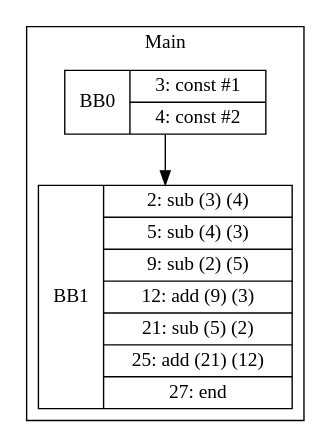
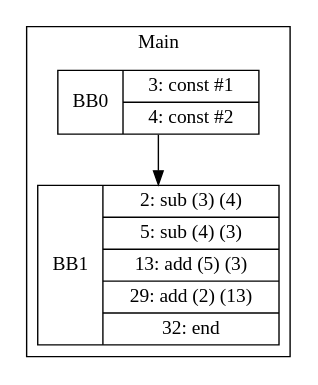
Before and after one commit to zjc664656505/UCI-CS241-Advanced-Compiler-main: the diagram in visualization/cbelem/simple/CSEOperandAgnostic-sub.gv, drawn with Graphviz. The commit also changed 40 other files, not shown here.

```diff
--- a/visualization/cbelem/simple/CSEOperandAgnostic-sub.gv
+++ b/visualization/cbelem/simple/CSEOperandAgnostic-sub.gv
@@ -1,9 +1,9 @@
 digraph G {
 node [shape=record];
 subgraph cluster_main{
 label = "Main";
 BB0 [shape=record, label="<b>BB0|{3: const #1|4: const #2}"];
-BB1 [shape=record, label="<b>BB1|{2: sub (3) (4)|5: sub (4) (3)|9: sub (2) (5)|12: add (9) (3)|21: sub (5) (2)|25: add (21) (12)|27: end}"];
+BB1 [shape=record, label="<b>BB1|{2: sub (3) (4)|5: sub (4) (3)|13: add (5) (3)|29: add (2) (13)|32: end}"];
 }
 BB0:s -> BB1:n ;
 }
```
